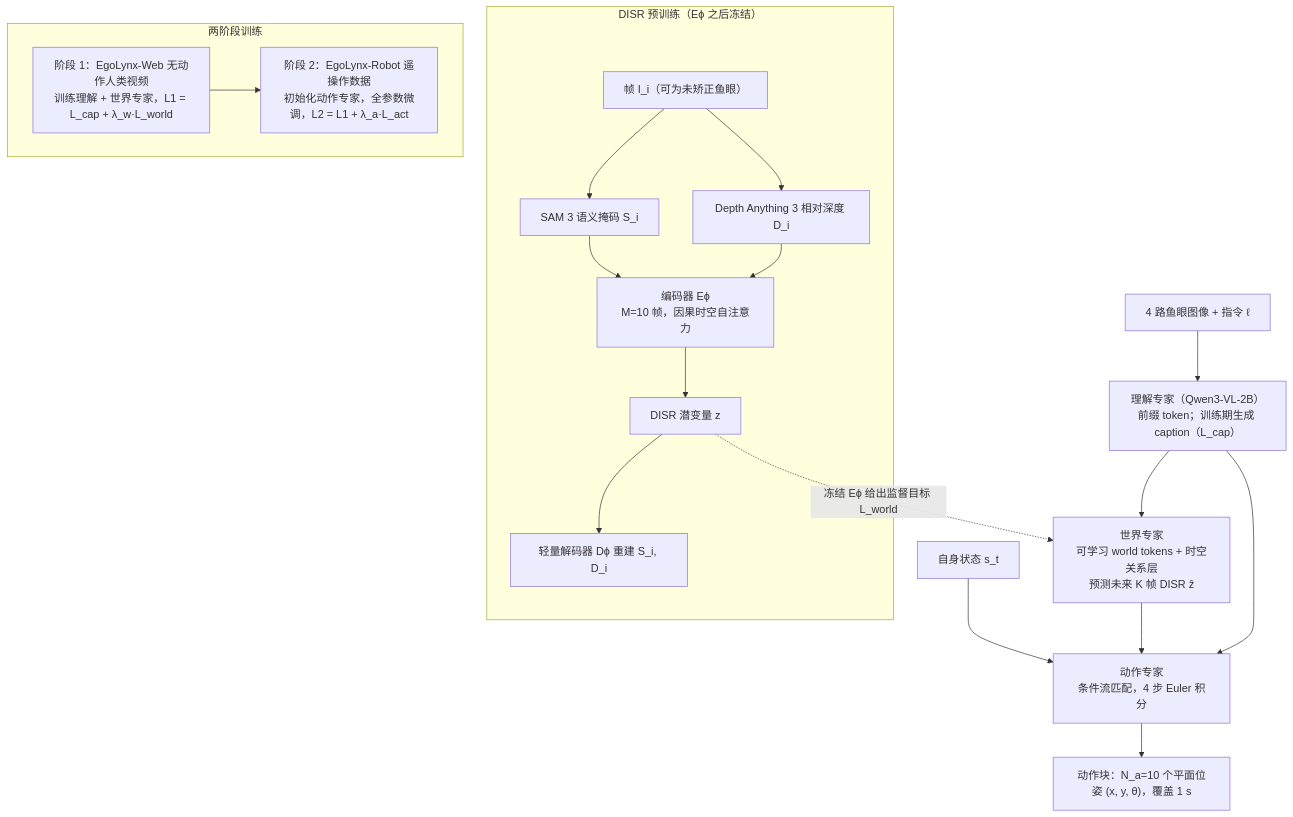
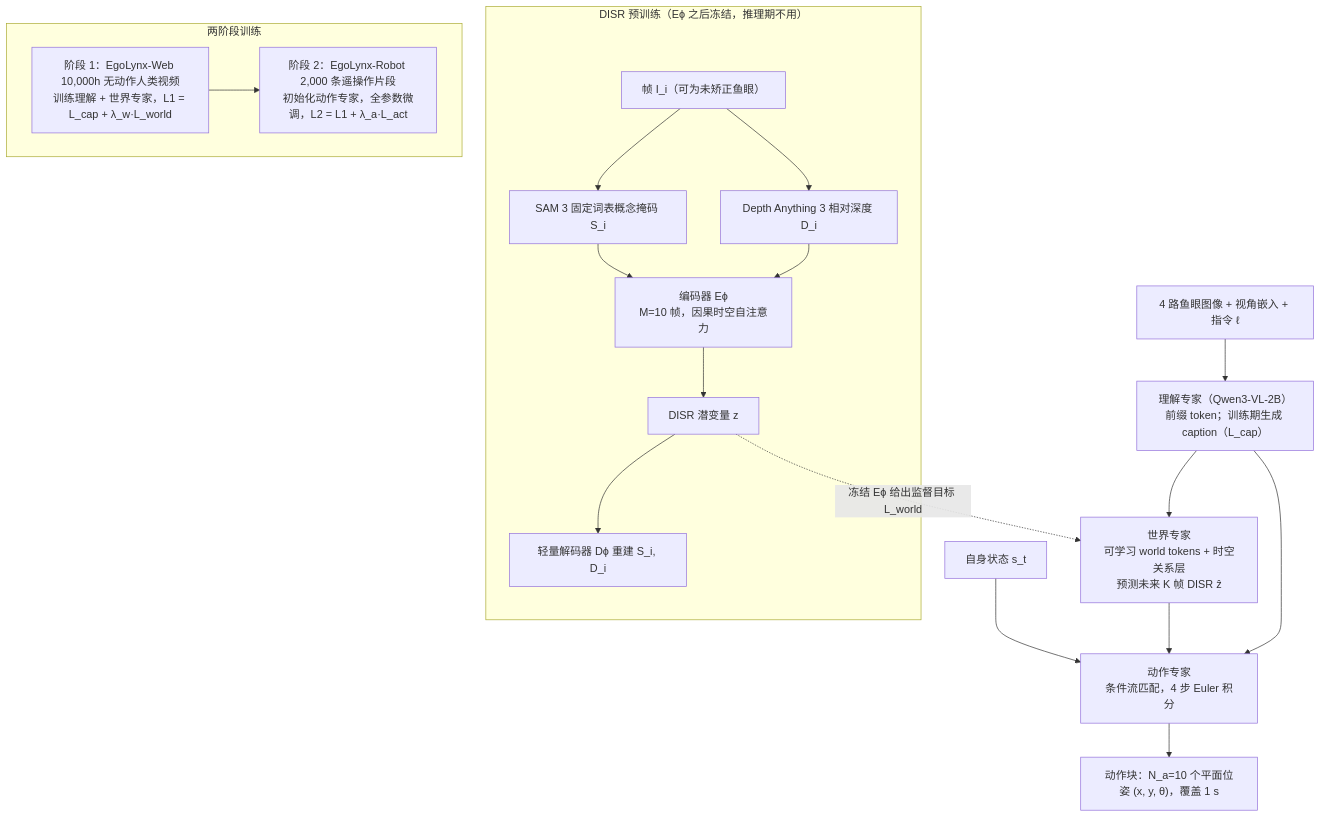
The diagram in wiki/entities/paper-dr-vla.md (ImChong/Robotics_Notebooks), drawn with Mermaid before and after one commit. The commit also changed other lines of this file and 450 other files, not shown here.

Commit message:
[2026-11-22] ingest | sources/ & wiki/ — 补齐 33 家公司路线 165/167 节点一手原文通读、骨架与 Mermaid 图表至 3/3

````diff
--- a/wiki/entities/paper-dr-vla.md
+++ b/wiki/entities/paper-dr-vla.md
@@ -24,23 +52,23 @@
 ```mermaid
 flowchart TD
-    subgraph DISR["DISR 预训练（Eϕ 之后冻结）"]
-        I["帧 I_i（可为未矫正鱼眼）"] --> S["SAM 3 语义掩码 S_i"]
+    subgraph DISR["DISR 预训练（Eϕ 之后冻结，推理期不用）"]
+        I["帧 I_i（可为未矫正鱼眼）"] --> S["SAM 3 固定词表概念掩码 S_i"]
         I --> D["Depth Anything 3 相对深度 D_i"]
         S --> E["编码器 Eϕ<br/>M=10 帧，因果时空自注意力"]
         D --> E
         E --> Z["DISR 潜变量 z"]
         Z --> DEC["轻量解码器 Dϕ 重建 S_i, D_i"]
     end
-    O["4 路鱼眼图像 + 指令 ℓ"] --> U["理解专家（Qwen3-VL-2B）<br/>前缀 token；训练期生成 caption（L_cap）"]
+    O["4 路鱼眼图像 + 视角嵌入 + 指令 ℓ"] --> U["理解专家（Qwen3-VL-2B）<br/>前缀 token；训练期生成 caption（L_cap）"]
     U --> W["世界专家<br/>可学习 world tokens + 时空关系层<br/>预测未来 K 帧 DISR ẑ"]
     Z -.->|"冻结 Eϕ 给出监督目标 L_world"| W
     U --> A["动作专家<br/>条件流匹配，4 步 Euler 积分"]
     W --> A
     ST["自身状态 s_t"] --> A
     A --> T["动作块：N_a=10 个平面位姿 (x, y, θ)，覆盖 1 s"]
     subgraph TRAIN["两阶段训练"]
-        S1["阶段 1：EgoLynx-Web 无动作人类视频<br/>训练理解 + 世界专家，L1 = L_cap + λ_w·L_world"]
-        S2["阶段 2：EgoLynx-Robot 遥操作数据<br/>初始化动作专家，全参数微调，L2 = L1 + λ_a·L_act"]
+        S1["阶段 1：EgoLynx-Web 10,000h 无动作人类视频<br/>训练理解 + 世界专家，L1 = L_cap + λ_w·L_world"]
+        S2["阶段 2：EgoLynx-Robot 2,000 条遥操作片段<br/>初始化动作专家，全参数微调，L2 = L1 + λ_a·L_act"]
         S1 --> S2
     end
 ```
````
